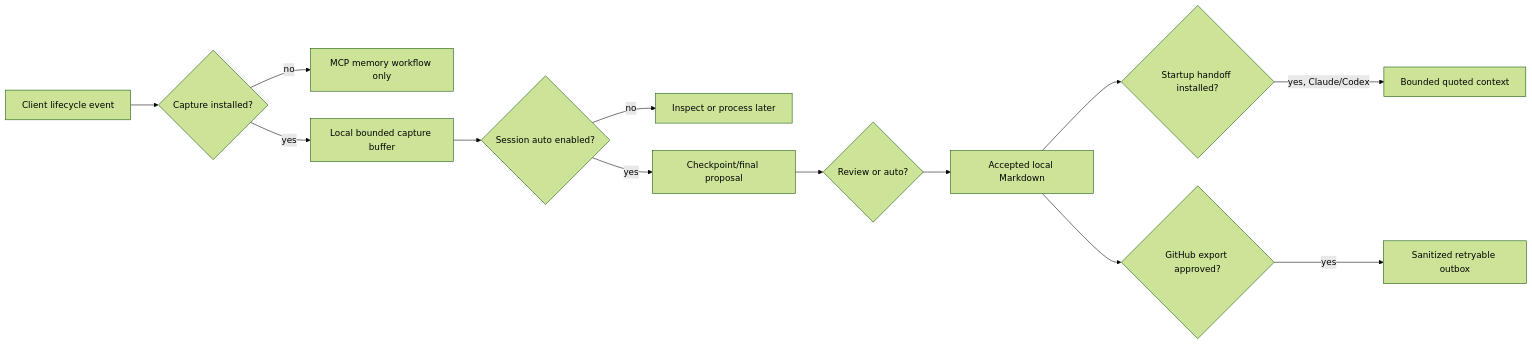
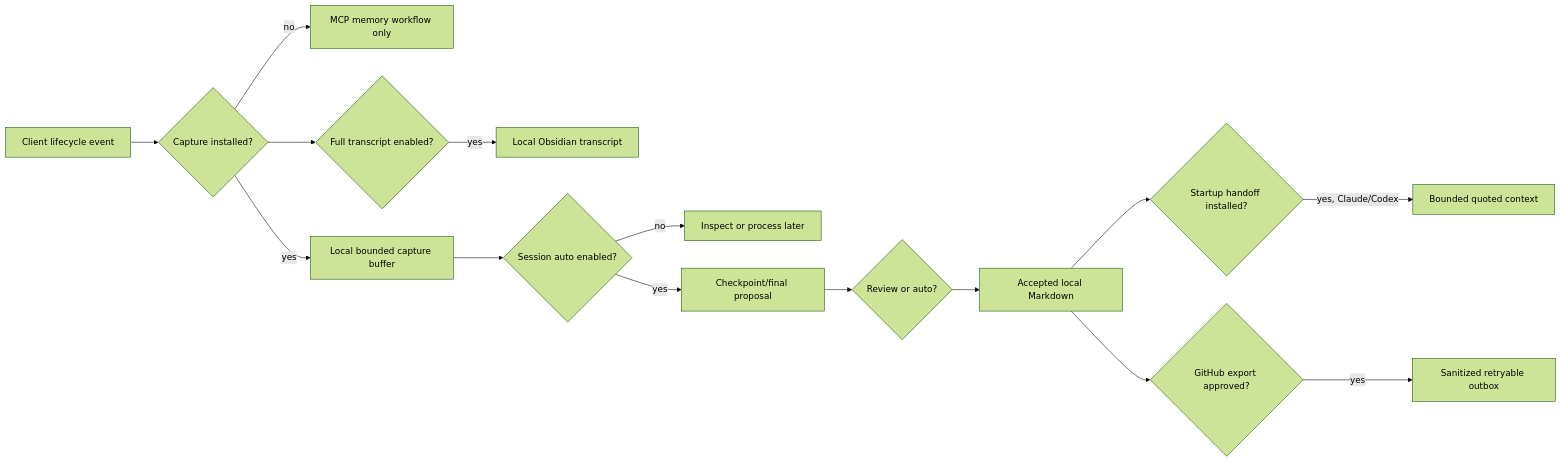
One commit to vib28/ai-memory-hub changed the second of 3 diagrams in README.md. Above: the diagram before and after it, drawn with Mermaid (forest theme). The commit also changed other lines of this file and 19 other files, not shown here.

````diff
--- a/README.md
+++ b/README.md
@@ -96,15 +100,17 @@
 ```mermaid
 flowchart LR
     Event[Client lifecycle event] --> Capture{Capture installed?}
     Capture -->|no| MCP[MCP memory workflow only]
     Capture -->|yes| Buffer[Local bounded capture buffer]
+    Capture --> Transcript{Full transcript enabled?}
+    Transcript -->|yes| TranscriptMD[Local Obsidian transcript]
     Buffer --> Worker{Session auto enabled?}
     Worker -->|no| Review[Inspect or process later]
     Worker -->|yes| Checkpoint[Checkpoint/final proposal]
     Checkpoint --> Policy{Review or auto?}
     Policy --> Accepted[Accepted local Markdown]
     Accepted --> Handoff{Startup handoff installed?}
     Handoff -->|yes, Claude/Codex| Context[Bounded quoted context]
     Accepted --> Export{GitHub export approved?}
     Export -->|yes| Outbox[Sanitized retryable outbox]
 ```
````
